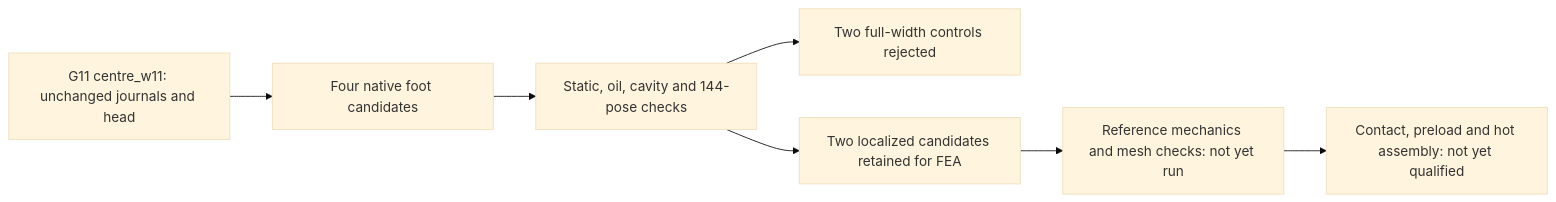
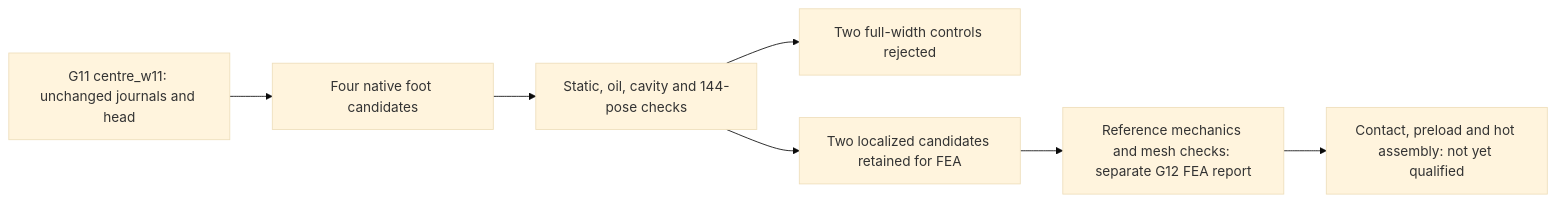
One commit to cluster2600/porscheparts changed the diagram in docs/reports/M64_G12_LOCAL_BUTTRESSES_20260926.md. Above: the diagram before and after it, drawn with Mermaid (base theme). The commit also changed other lines of this file and 19 other files, not shown here.

````diff
--- a/docs/reports/M64_G12_LOCAL_BUTTRESSES_20260926.md
+++ b/docs/reports/M64_G12_LOCAL_BUTTRESSES_20260926.md
@@ -66,9 +66,9 @@
 ```mermaid
 flowchart LR
     B[G11 centre_w11: unchanged journals and head] --> C[Four native foot candidates]
     C --> K[Static, oil, cavity and 144-pose checks]
     K --> R[Two full-width controls rejected]
     K --> A[Two localized candidates retained for FEA]
-    A --> F[Reference mechanics and mesh checks: not yet run]
+    A --> F[Reference mechanics and mesh checks: separate G12 FEA report]
     F --> H[Contact, preload and hot assembly: not yet qualified]
 ```
````
